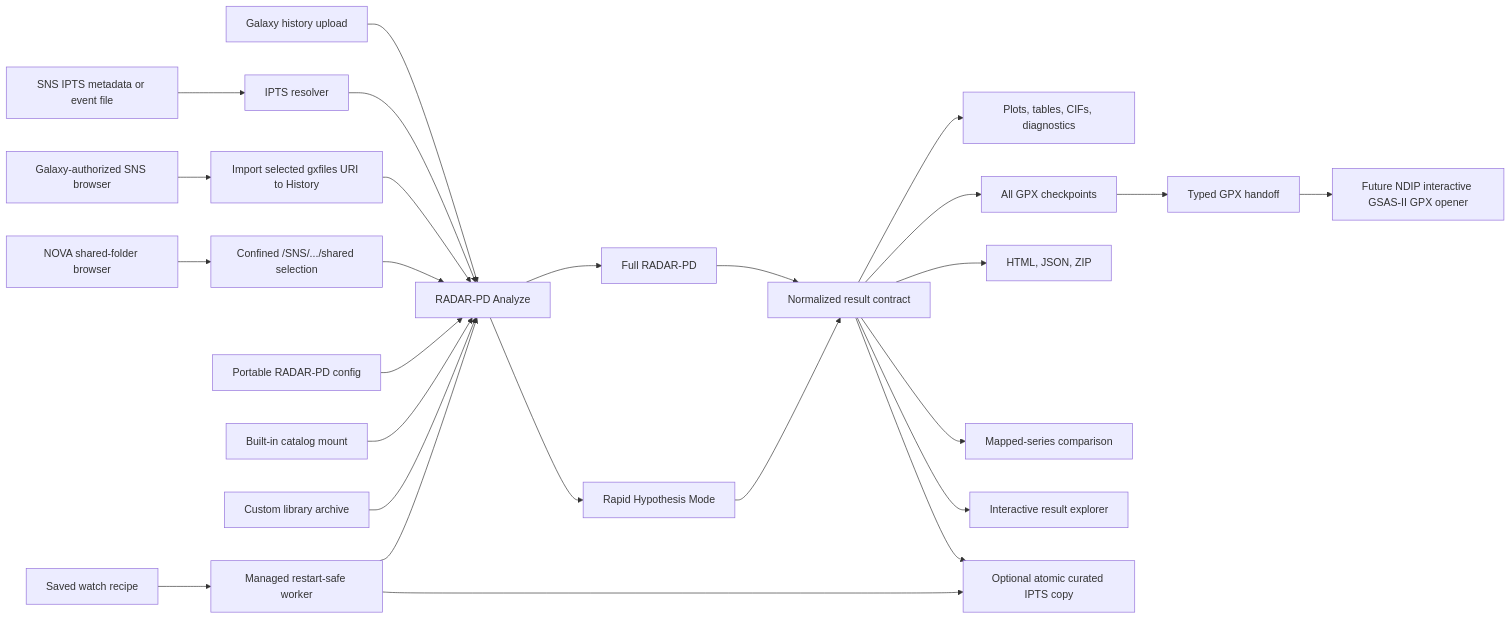
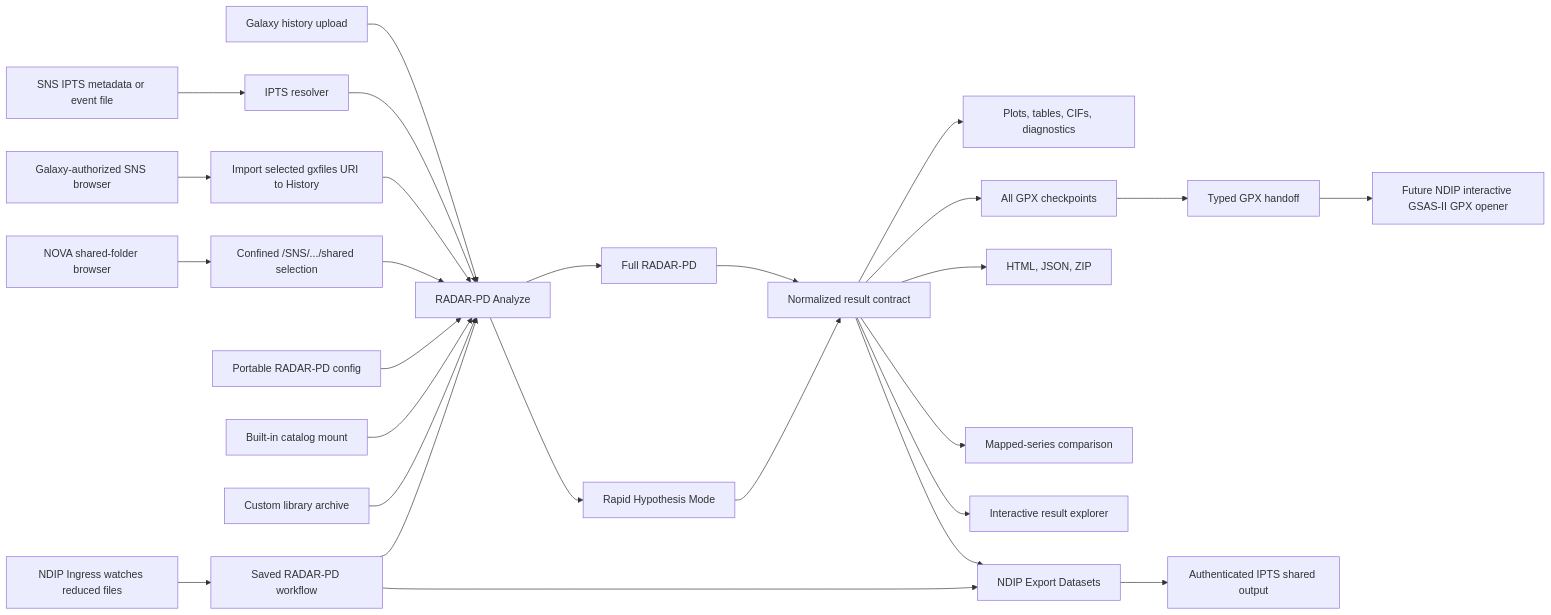
Before and after one commit to LalitYadav07/Impurity_detection_GSAS_ver6: the diagram in docs/ndip_integration.md, drawn with Mermaid. The commit also changed other lines of this file and 9 other files, not shown here.

Commit message:
Use authenticated NDIP export for IPTS results

````diff
--- a/docs/ndip_integration.md
+++ b/docs/ndip_integration.md
@@ -15,28 +15,29 @@
 ```mermaid
 flowchart LR
     A["Galaxy history upload"] --> D["RADAR-PD Analyze"]
     B["SNS IPTS metadata or event file"] --> C["IPTS resolver"]
     B1["Galaxy-authorized SNS browser"] --> C1["Import selected gxfiles URI to History"]
     B2["NOVA shared-folder browser"] --> C2["Confined /SNS/.../shared selection"]
     C --> D
     C1 --> D
     C2 --> D
     E["Portable RADAR-PD config"] --> D
     F["Built-in catalog mount"] --> D
     G["Custom library archive"] --> D
     D --> H["Full RADAR-PD"]
     D --> I["Rapid Hypothesis Mode"]
     H --> J["Normalized result contract"]
     I --> J
     J --> K["Plots, tables, CIFs, diagnostics"]
     J --> L["All GPX checkpoints"]
     J --> M["HTML, JSON, ZIP"]
     J --> N["Mapped-series comparison"]
     J --> O["Interactive result explorer"]
     L --> P["Typed GPX handoff"]
     P --> Q["Future NDIP interactive GSAS-II GPX opener"]
-    J --> R["Optional atomic curated IPTS copy"]
-    S["Saved watch recipe"] --> T["Managed restart-safe worker"]
+    J --> R["NDIP Export Datasets"]
+    R --> U["Authenticated IPTS shared output"]
+    S["NDIP Ingress watches reduced files"] --> T["Saved RADAR-PD workflow"]
     T --> D
     T --> R
 ```
````
